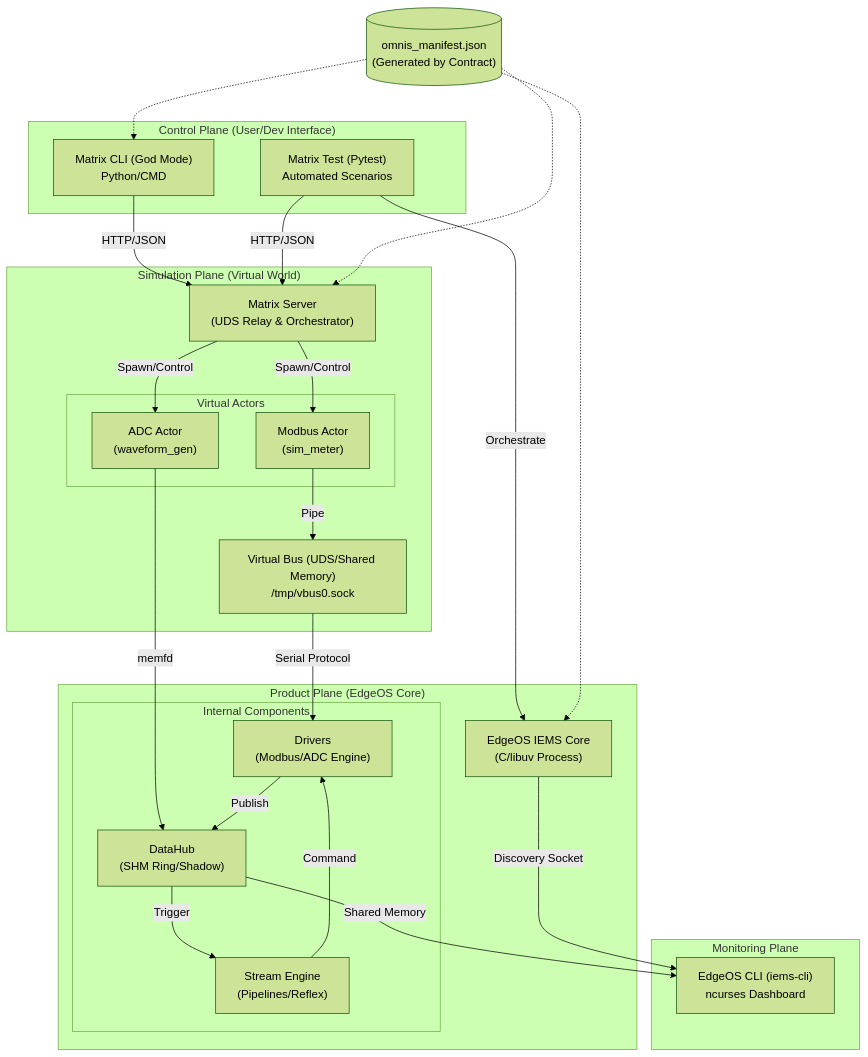
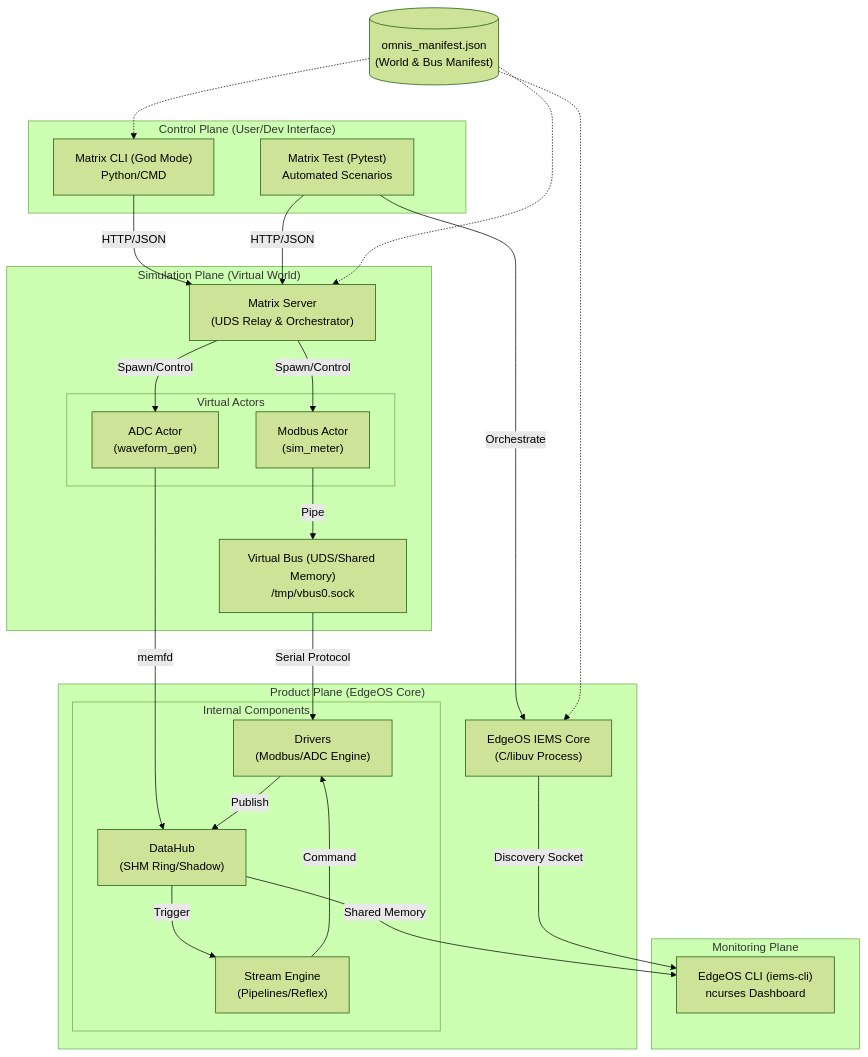
One commit to cautonwong/EdgeC changed the diagram in README.md. Above: the diagram before and after it, drawn with Mermaid (forest theme). The commit also changed other lines of this file, not shown here.

Commit message:
docs: update README.md to reflect DDD aggregate root autonomy and event-driven architecture

````diff
--- a/README.md
+++ b/README.md
@@ -281,58 +155,58 @@
 ```mermaid
 
 graph TB
   subgraph "Control Plane (User/Dev Interface)"
       CLI["Matrix CLI (God Mode)<br/>Python/CMD"]
       TEST["Matrix Test (Pytest)<br/>Automated Scenarios"]
   end
 
   subgraph "Simulation Plane (Virtual World)"
       SRV["Matrix Server<br/>(UDS Relay & Orchestrator)"]
 
       subgraph "Virtual Actors"
           MB_ACT["Modbus Actor<br/>(sim_meter)"]
           ADC_ACT["ADC Actor<br/>(waveform_gen)"]
       end
 
       VBUS["Virtual Bus (UDS/Shared Memory)<br/>/tmp/vbus0.sock"]
   end
 
   subgraph "Product Plane (EdgeOS Core)"
       IEMS["EdgeOS IEMS Core<br/>(C/libuv Process)"]
 
       subgraph "Internal Components"
           DH["DataHub<br/>(SHM Ring/Shadow)"]
           SE["Stream Engine<br/>(Pipelines/Reflex)"]
           DRV["Drivers<br/>(Modbus/ADC Engine)"]
       end
   end
 
   subgraph "Monitoring Plane"
       IEMS_CLI["EdgeOS CLI (iems-cli)<br/>ncurses Dashboard"]
   end
 
   %% Relationships
   CLI -- HTTP/JSON --> SRV
   TEST -- HTTP/JSON --> SRV
   TEST -- Orchestrate --> IEMS
 
   SRV -- Spawn/Control --> MB_ACT
   SRV -- Spawn/Control --> ADC_ACT
 
   MB_ACT -- Pipe --> VBUS
   ADC_ACT -- memfd --> DH
 
   VBUS -- Serial Protocol --> DRV
   DRV -- Publish --> DH
   DH -- Trigger --> SE
   SE -- Command --> DRV
 
   IEMS -- Discovery Socket --> IEMS_CLI
   DH -- Shared Memory --> IEMS_CLI
 
   %% Metadata Driving
-  MANIFEST[("omnis_manifest.json<br/>(Generated by Contract)")]
+  MANIFEST[("omnis_manifest.json<br/>(World & Bus Manifest)")]
   MANIFEST -.-> SRV
   MANIFEST -.-> IEMS
   MANIFEST -.-> CLI
 ```
````
